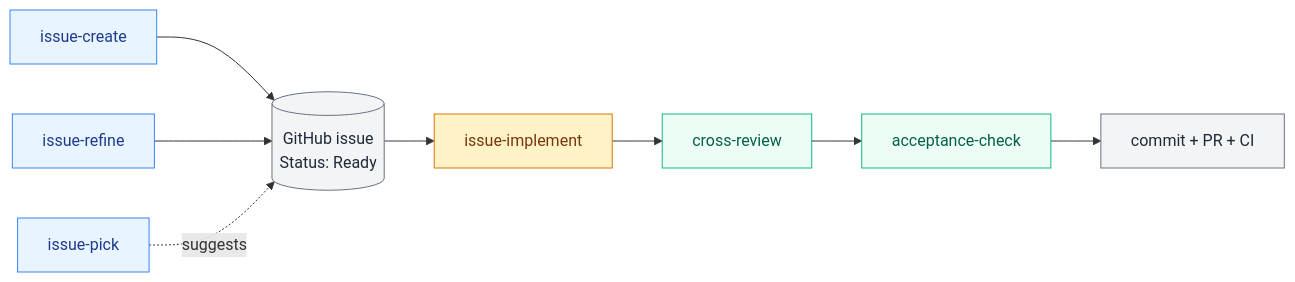
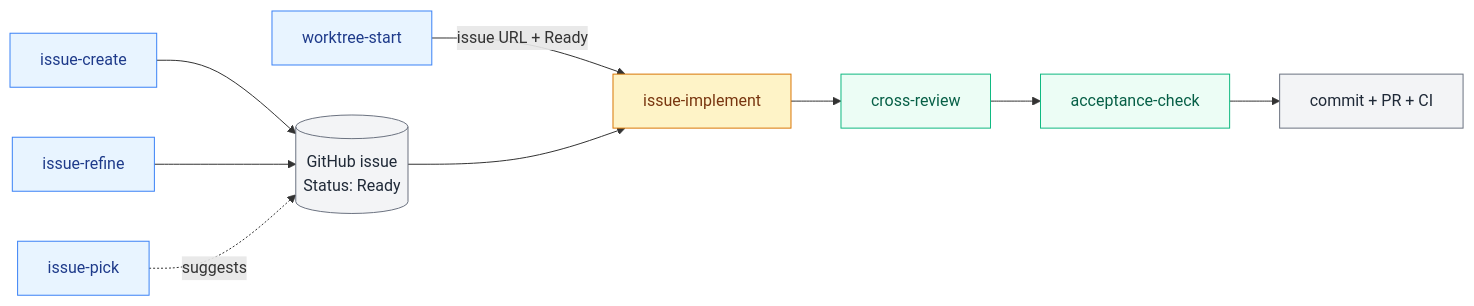
Before and after one commit to hirokisakabe/issuekit: the diagram in README.md, drawn with Mermaid. The commit also changed other lines of this file and 2 other files, not shown here.

First line of the commit message:
feat(worktree-start): issue URL/番号入力 + Status: Ready 時に issue-implement へ自動連鎖

````diff
--- a/README.md
+++ b/README.md
@@ -88,20 +88,21 @@
 ```mermaid
 flowchart LR
     A[issue-create] --> I[(GitHub issue<br/>Status: Ready)]
     R[issue-refine] --> I
     P[issue-pick] -. suggests .-> I
+    W[worktree-start] -- "issue URL + Ready" --> IMPL
     I --> IMPL[issue-implement]
     IMPL --> CR[cross-review]
     CR --> AC[acceptance-check]
     AC --> C[commit + PR + CI]
 
     classDef entry fill:#e8f4ff,stroke:#3b82f6,color:#1e3a8a
     classDef orch  fill:#fef3c7,stroke:#d97706,color:#78350f
     classDef ver   fill:#ecfdf5,stroke:#10b981,color:#065f46
     classDef out   fill:#f3f4f6,stroke:#6b7280,color:#1f2937
 
-    class A,R,P entry
+    class A,R,P,W entry
     class IMPL orch
     class CR,AC ver
     class I,C out
 ```
````
